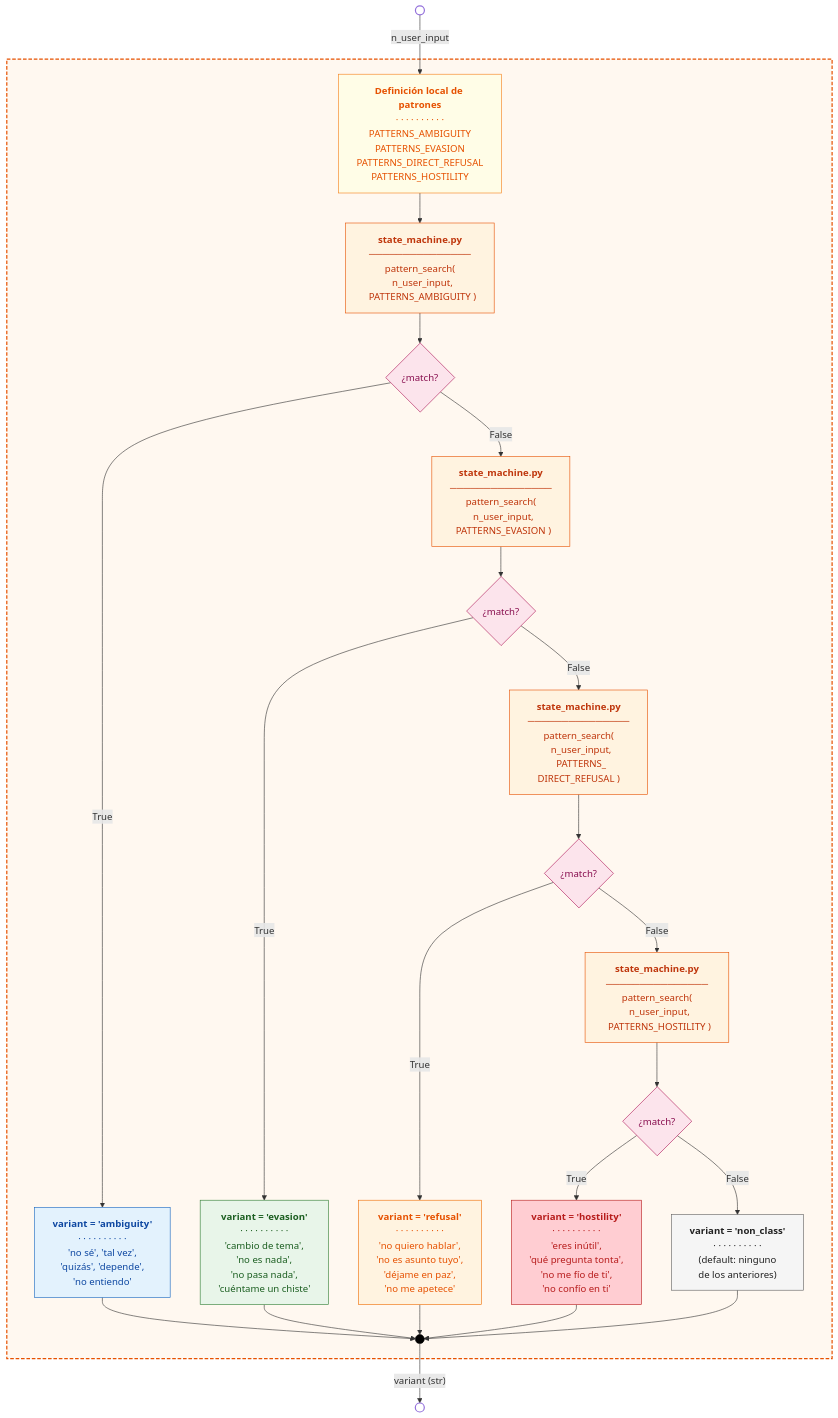
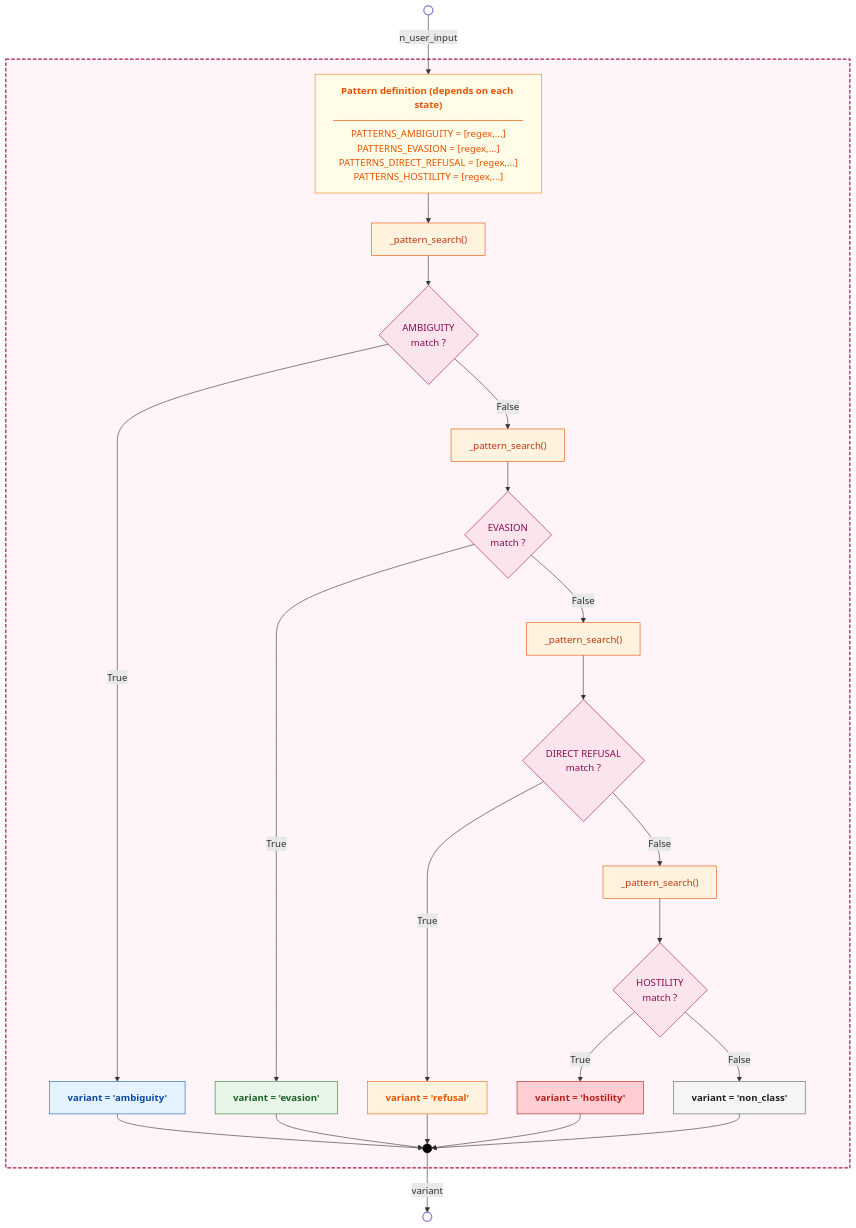
One commit to JordiiQueralto/AURORA_mhGAP-IG_v2.0 changed the third of 3 diagrams in diagrams/Z3_StateMachine_blocks.md. Above: the diagram before and after it, drawn with Mermaid. The commit also changed 4 other files, not shown here.

Commit message:
style: state machine diagram

````diff
--- a/diagrams/Z3_StateMachine_blocks.md
+++ b/diagrams/Z3_StateMachine_blocks.md
@@ -149,67 +149,67 @@
 ```mermaid
 flowchart TD
 
     START(( )):::circle
     FINISH(( )):::circle
 
     START -->|"n_user_input"| DEFS
 
     subgraph VARIANT_SEARCH[" "]
 
-        DEFS["<b>Definición local de patrones</b><br/>· · · · · · · · · ·<br/>PATTERNS_AMBIGUITY<br/>PATTERNS_EVASION<br/>PATTERNS_DIRECT_REFUSAL<br/>PATTERNS_HOSTILITY"]:::flowblock
+        DEFS["<b>Pattern definition (depends on each state)</b><br/>────────────────────────────<br/>PATTERNS_AMBIGUITY = [regex,...]<br/>PATTERNS_EVASION = [regex,...]<br/>PATTERNS_DIRECT_REFUSAL = [regex,...]<br/>PATTERNS_HOSTILITY = [regex,...]"]:::flowblock
 
-        PS1["<b>state_machine.py</b><br/>───────────────<br/>pattern_search(<br/>&nbsp;&nbsp;n_user_input,<br/>&nbsp;&nbsp;PATTERNS_AMBIGUITY )"]:::module
+        PS1["_pattern_search()"]:::module
 
-        D1{¿match?}:::decision
+        D1{AMBIGUITY\nmatch ?}:::decision
 
-        PS2["<b>state_machine.py</b><br/>───────────────<br/>pattern_search(<br/>&nbsp;&nbsp;n_user_input,<br/>&nbsp;&nbsp;PATTERNS_EVASION )"]:::module
+        PS2["_pattern_search()"]:::module
 
-        D2{¿match?}:::decision
+        D2{EVASION\nmatch ?}:::decision
 
-        PS3["<b>state_machine.py</b><br/>───────────────<br/>pattern_search(<br/>&nbsp;&nbsp;n_user_input,<br/>&nbsp;&nbsp;PATTERNS_<br/>DIRECT_REFUSAL )"]:::module
+        PS3["_pattern_search()"]:::module
 
-        D3{¿match?}:::decision
+        D3{DIRECT REFUSAL\nmatch ?}:::decision
 
-        PS4["<b>state_machine.py</b><br/>───────────────<br/>pattern_search(<br/>&nbsp;&nbsp;n_user_input,<br/>&nbsp;&nbsp;PATTERNS_HOSTILITY )"]:::module
+        PS4["_pattern_search()"]:::module
 
-        D4{¿match?}:::decision
+        D4{HOSTILITY\nmatch ?}:::decision
 
-        R1["<b>variant = 'ambiguity'</b><br/>· · · · · · · · · ·<br/>'no sé', 'tal vez',<br/>'quizás', 'depende',<br/>'no entiendo'"]:::variant_amb
+        R1["<b>variant = 'ambiguity'</b>"]:::variant_amb
 
-        R2["<b>variant = 'evasion'</b><br/>· · · · · · · · · ·<br/>'cambio de tema',<br/>'no es nada',<br/>'no pasa nada',<br/>'cuéntame un chiste'"]:::variant_eva
+        R2["<b>variant = 'evasion'"]:::variant_eva
 
-        R3["<b>variant = 'refusal'</b><br/>· · · · · · · · · ·<br/>'no quiero hablar',<br/>'no es asunto tuyo',<br/>'déjame en paz',<br/>'no me apetece'"]:::variant_ref
+        R3["<b>variant = 'refusal'"]:::variant_ref
 
-        R4["<b>variant = 'hostility'</b><br/>· · · · · · · · · ·<br/>'eres inútil',<br/>'qué pregunta tonta',<br/>'no me fío de ti',<br/>'no confío en ti'"]:::variant_hos
+        R4["<b>variant = 'hostility'"]:::variant_hos
 
-        R5["<b>variant = 'non_class'</b><br/>· · · · · · · · · ·<br/>(default: ninguno<br/>de los anteriores)"]:::variant_def
+        R5["<b>variant = 'non_class'"]:::variant_def
 
         BOTTOM(( )):::junction
 
         DEFS --> PS1 --> D1
         D1 -->|True| R1 --> BOTTOM
         D1 -->|False| PS2 --> D2
         D2 -->|True| R2 --> BOTTOM
         D2 -->|False| PS3 --> D3
         D3 -->|True| R3 --> BOTTOM
         D3 -->|False| PS4 --> D4
         D4 -->|True| R4 --> BOTTOM
         D4 -->|False| R5 --> BOTTOM
 
     end
 
-    BOTTOM -->|"variant (str)"| FINISH
+    BOTTOM -->|"variant"| FINISH
 
     classDef circle      fill:#ffffff,stroke:#9370db,stroke-width:2px,color:#ffffff
     classDef junction    fill:#000000,stroke:#000000,color:#000000
     classDef module      fill:#fff3e0,stroke:#e65100,color:#bf360c
     classDef flowblock   fill:#fffde7,stroke:#f57f17,color:#e65100
     classDef decision    fill:#fce4ec,stroke:#ad1457,color:#880e4f
     classDef variant_amb fill:#e3f2fd,stroke:#1565c0,color:#0d47a1
     classDef variant_eva fill:#e8f5e9,stroke:#2e7d32,color:#1b5e20
     classDef variant_ref fill:#fff3e0,stroke:#ef6c00,color:#e65100
     classDef variant_hos fill:#ffcdd2,stroke:#b71c1c,color:#b71c1c
     classDef variant_def fill:#f5f5f5,stroke:#616161,color:#212121
 
-    style VARIANT_SEARCH fill:#fff8f0,stroke:#e65100,stroke-width:2px,stroke-dasharray: 6 3
+    style VARIANT_SEARCH fill:#fff5f8,stroke:#ad1457,stroke-width:2px,stroke-dasharray: 6 3
 ```
````
